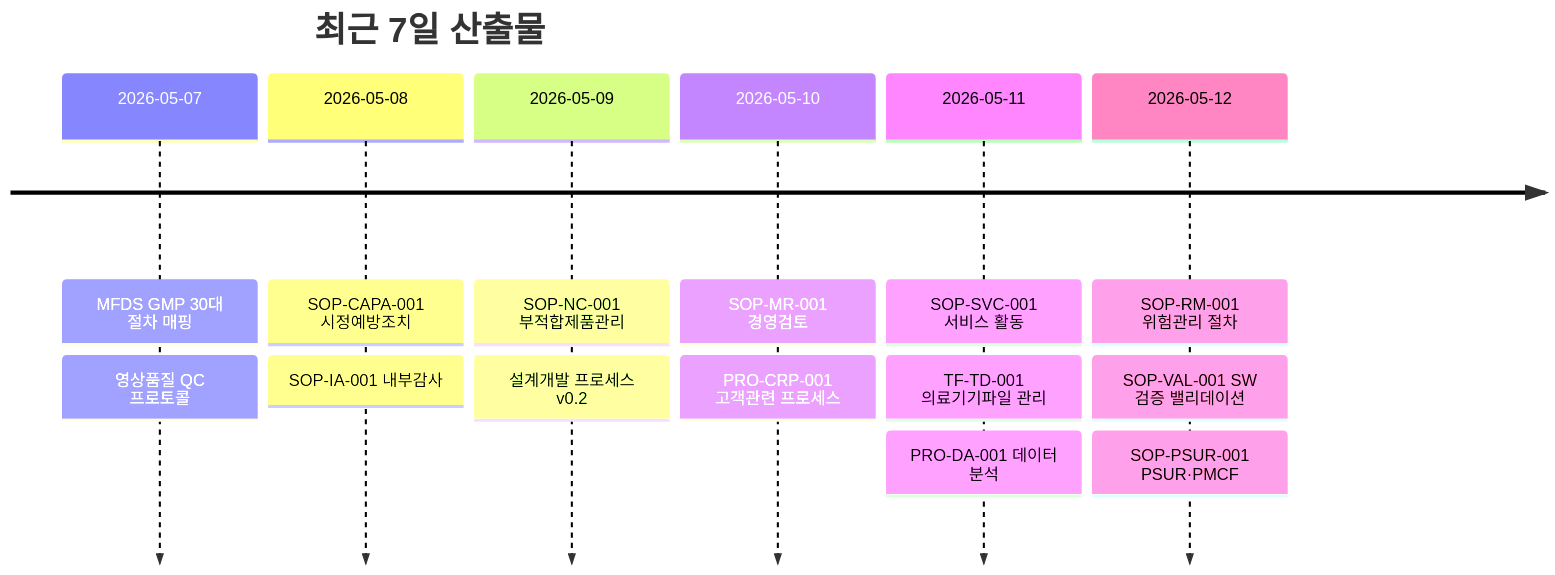
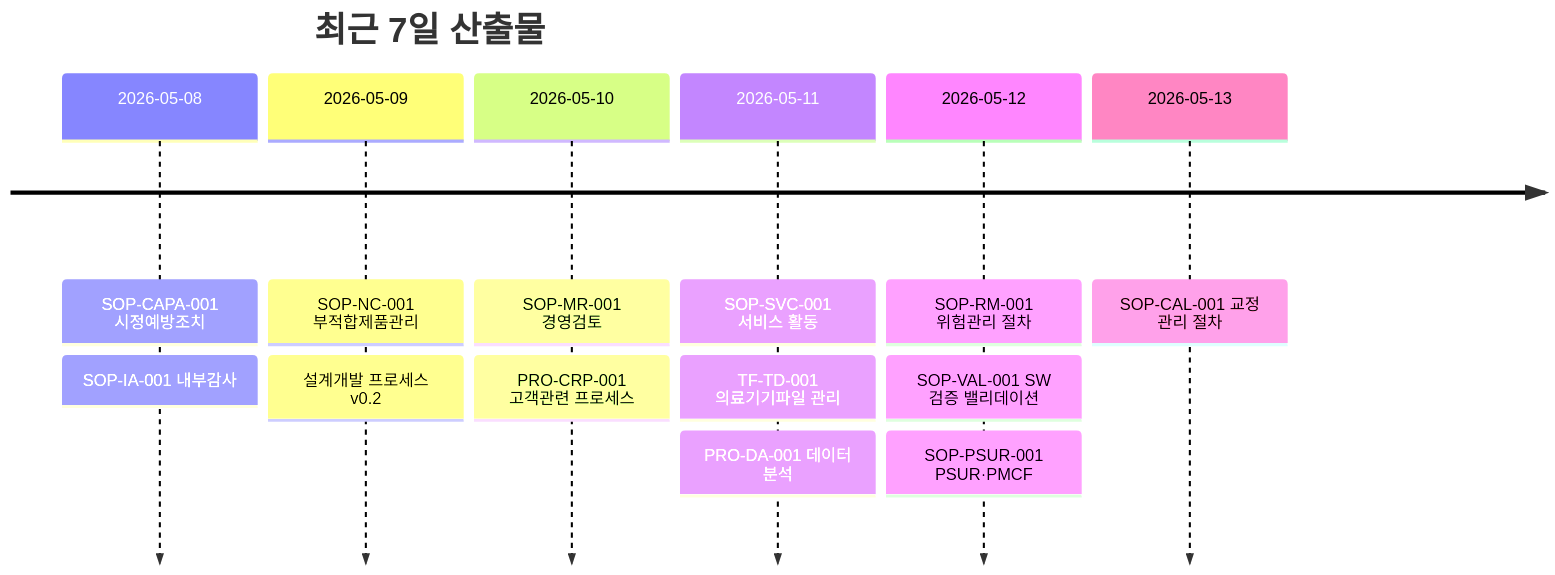
One commit to holee9/MD-process changed the third of 4 diagrams in README.md. Above: the diagram before and after it, drawn with Mermaid. The commit also changed other lines of this file, not shown here.

````diff
--- a/README.md
+++ b/README.md
@@ -143,18 +143,17 @@
 ```mermaid
 timeline
     title 최근 7일 산출물
-    2026-05-07 : MFDS GMP 30대 절차 매핑
-               : 영상품질 QC 프로토콜
     2026-05-08 : SOP-CAPA-001 시정예방조치
                : SOP-IA-001 내부감사
     2026-05-09 : SOP-NC-001 부적합제품관리
                : 설계개발 프로세스 v0.2
     2026-05-10 : SOP-MR-001 경영검토
                : PRO-CRP-001 고객관련 프로세스
     2026-05-11 : SOP-SVC-001 서비스 활동
                : TF-TD-001 의료기기파일 관리
                : PRO-DA-001 데이터 분석
     2026-05-12 : SOP-RM-001 위험관리 절차
                : SOP-VAL-001 SW 검증 밸리데이션
                : SOP-PSUR-001 PSUR·PMCF
+    2026-05-13 : SOP-CAL-001 교정 관리 절차
 ```
````
